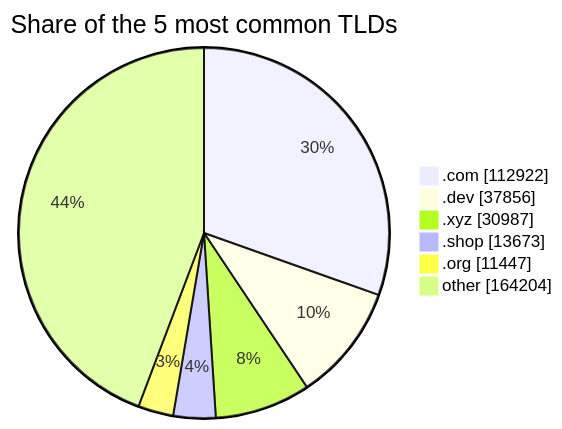
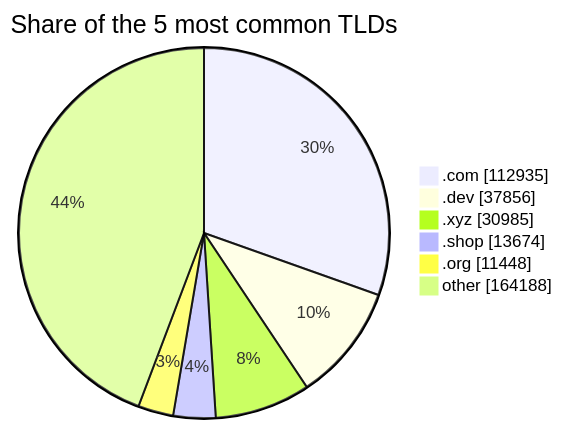
One commit to DNSBunker/CTI changed the third of 3 diagrams in README.md. Above: the diagram before and after it, drawn with Mermaid. The commit also changed other lines of this file and 3 other files, not shown here.

````diff
--- a/README.md
+++ b/README.md
@@ -81,9 +81,9 @@
 ```mermaid
 pie showData title Share of the 5 most common TLDs
-    ".com" : 112922
+    ".com" : 112935
     ".dev" : 37856
-    ".xyz" : 30987
-    ".shop" : 13673
-    ".org" : 11447
-    "other" : 164204
+    ".xyz" : 30985
+    ".shop" : 13674
+    ".org" : 11448
+    "other" : 164188
 ```
````
